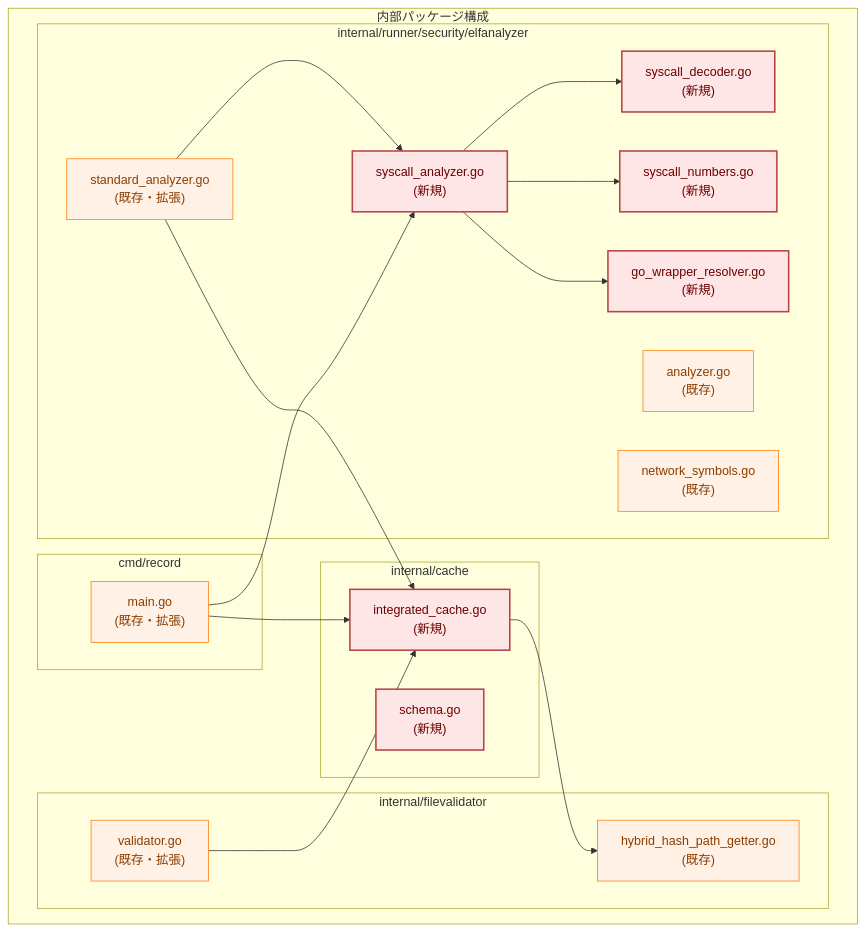
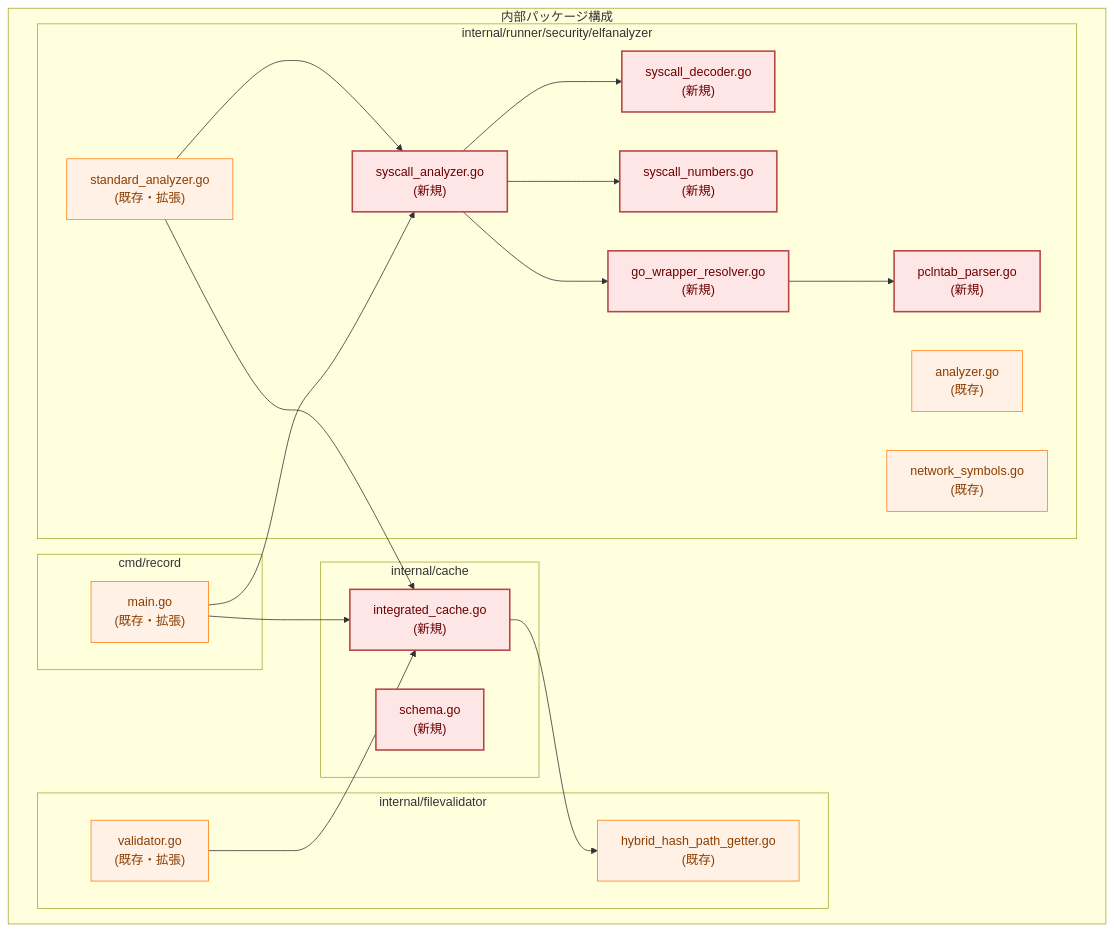
The fourth of 18 diagrams in docs/tasks/0070_elf_syscall_analysis/02_architecture.md (isseis/go-safe-cmd-runner), drawn with Mermaid before and after one commit. The commit also changed other lines of this file and 3 other files, not shown here.

First line of the commit message:
docs: add pclntab maintenance guide and scaffold pclntab parser

````diff
--- a/docs/tasks/0070_elf_syscall_analysis/02_architecture.md
+++ b/docs/tasks/0070_elf_syscall_analysis/02_architecture.md
@@ -92,46 +92,48 @@
 ```mermaid
 graph TB
     classDef data fill:#e6f7ff,stroke:#1f77b4,stroke-width:1px,color:#0b3d91
     classDef process fill:#fff1e6,stroke:#ff7f0e,stroke-width:1px,color:#8a3e00
     classDef enhanced fill:#e8f5e8,stroke:#2e8b57,stroke-width:2px,color:#006400
     classDef new fill:#ffe6e6,stroke:#b54545,stroke-width:2px,color:#6b0000
 
     subgraph "内部パッケージ構成"
         subgraph "internal/runner/security/elfanalyzer"
             A["analyzer.go<br>(既存)"]
             B["standard_analyzer.go<br>(既存・拡張)"]
             C["network_symbols.go<br>(既存)"]
             D["syscall_analyzer.go<br>(新規)"]
             E["syscall_decoder.go<br>(新規)"]
             F["syscall_numbers.go<br>(新規)"]
             G["go_wrapper_resolver.go<br>(新規)"]
+            P["pclntab_parser.go<br>(新規)"]
         end
 
         subgraph "internal/filevalidator"
             H["validator.go<br>(既存・拡張)"]
             I["hybrid_hash_path_getter.go<br>(既存)"]
         end
 
         subgraph "internal/cache"
             J["integrated_cache.go<br>(新規)"]
             K["schema.go<br>(新規)"]
         end
 
         subgraph "cmd/record"
             L["main.go<br>(既存・拡張)"]
         end
     end
 
     D --> E
     D --> F
     D --> G
+    G --> P
     B --> D
     B --> J
     H --> J
     J --> I
     L --> D
     L --> J
 
     class A,B,C,H,I,L process
-    class D,E,F,G,J,K new
+    class D,E,F,G,P,J,K new
 ```
````
